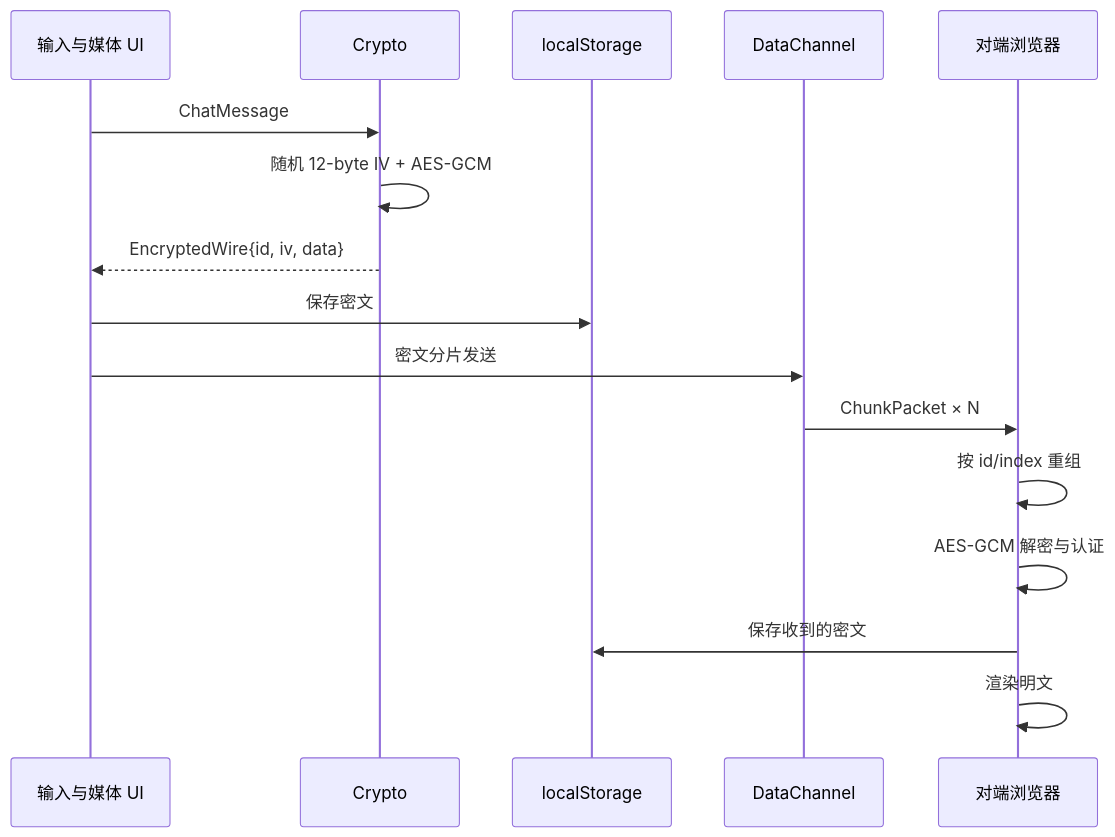
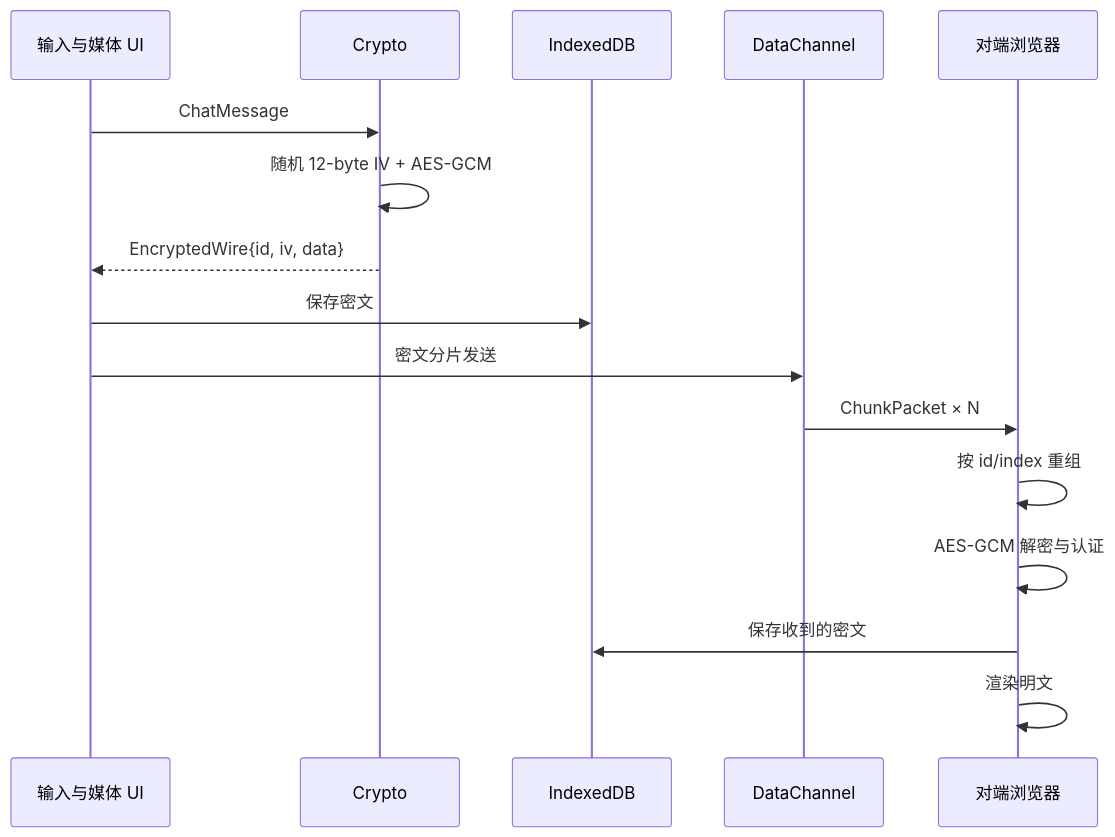
Before and after one commit to MarcWebber/p2p-chat: the fifth of 7 diagrams in docs/field-guide.md, drawn with Mermaid. The commit also changed other lines of this file and 21 other files, not shown here.

````diff
--- a/docs/field-guide.md
+++ b/docs/field-guide.md
@@ -173,19 +173,19 @@
 ```mermaid
 sequenceDiagram
   participant UI as 输入与媒体 UI
   participant C as Crypto
-  participant L as localStorage
+  participant L as IndexedDB
   participant D as DataChannel
   participant R as 对端浏览器
 
   UI->>C: ChatMessage
   C->>C: 随机 12-byte IV + AES-GCM
   C-->>UI: EncryptedWire{id, iv, data}
   UI->>L: 保存密文
   UI->>D: 密文分片发送
   D->>R: ChunkPacket × N
   R->>R: 按 id/index 重组
   R->>R: AES-GCM 解密与认证
   R->>L: 保存收到的密文
   R->>R: 渲染明文
 ```
````
